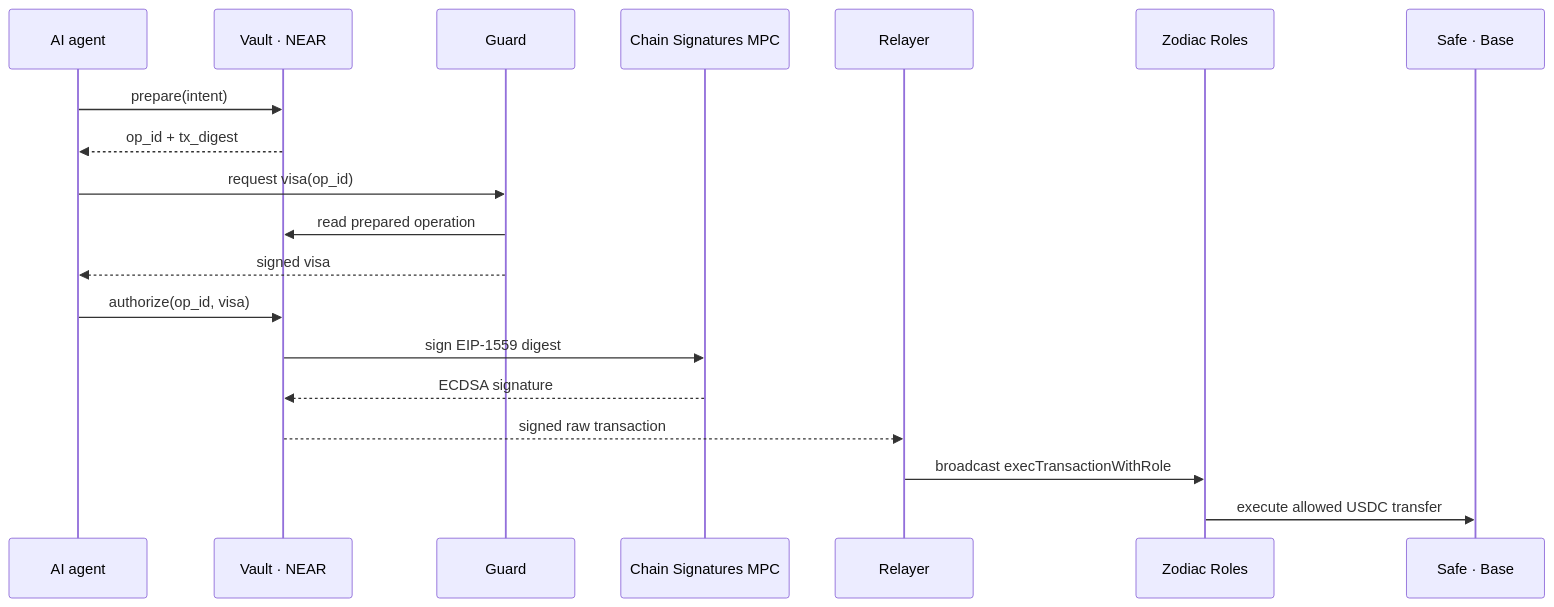
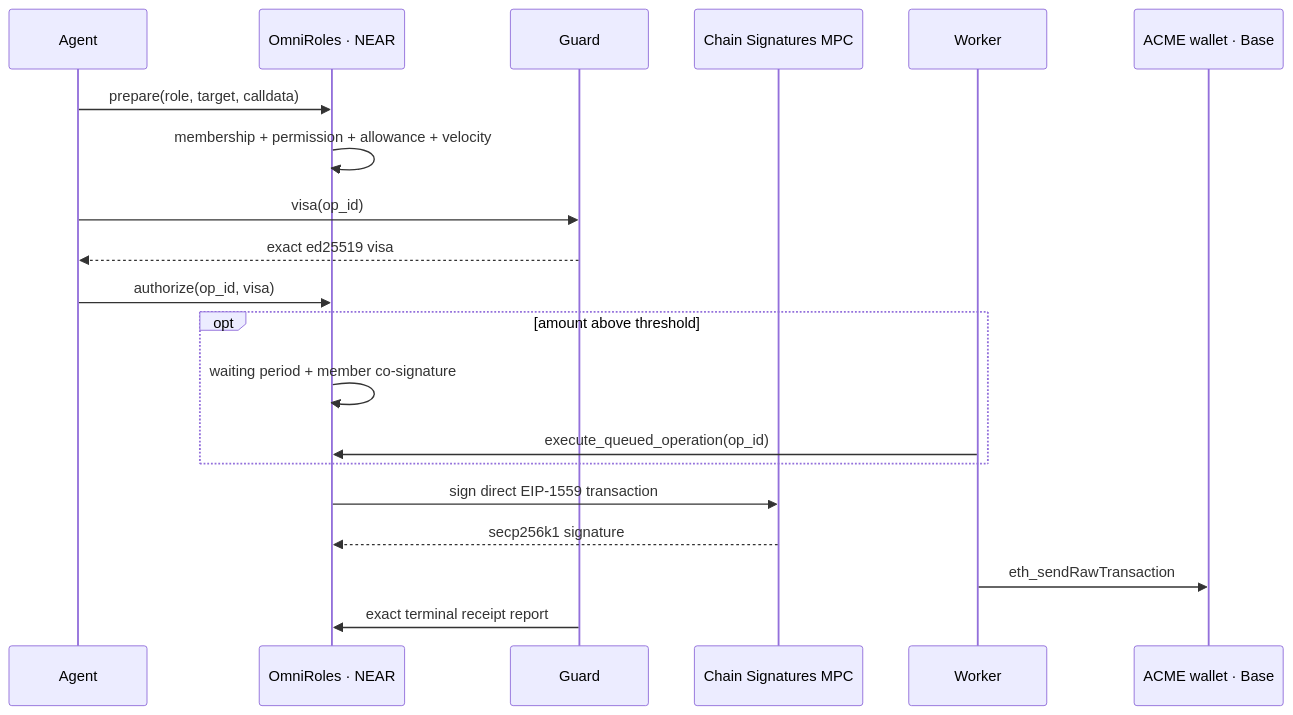
The diagram in README.md (Euthyna-wallets/Euthyna), drawn with Mermaid before and after one commit. The commit also changed other lines of this file and 39 other files, not shown here.

Commit message:
feat(vault): replace Safe stack with OmniRoles

````diff
--- a/README.md
+++ b/README.md
@@ -44,22 +31,23 @@
 ```mermaid
 sequenceDiagram
-  participant A as AI agent
-  participant V as Vault · NEAR
+  participant A as Agent
+  participant O as OmniRoles · NEAR
   participant G as Guard
   participant M as Chain Signatures MPC
-  participant R as Relayer
-  participant Z as Zodiac Roles
-  participant S as Safe · Base
+  participant W as Worker
+  participant B as ACME wallet · Base
 
-  A->>V: prepare(intent)
-  V-->>A: op_id + tx_digest
-  A->>G: request visa(op_id)
-  G->>V: read prepared operation
-  G-->>A: signed visa
-  A->>V: authorize(op_id, visa)
-  V->>M: sign EIP-1559 digest
-  M-->>V: ECDSA signature
-  V-->>R: signed raw transaction
-  R->>Z: broadcast execTransactionWithRole
-  Z->>S: execute allowed USDC transfer
+  A->>O: prepare(role, target, calldata)
+  O->>O: membership + permission + allowance + velocity
+  A->>G: visa(op_id)
+  G-->>A: exact ed25519 visa
+  A->>O: authorize(op_id, visa)
+  opt amount above threshold
+    O->>O: waiting period + member co-signature
+    W->>O: execute_queued_operation(op_id)
+  end
+  O->>M: sign direct EIP-1559 transaction
+  M-->>O: secp256k1 signature
+  W->>B: eth_sendRawTransaction
+  G->>O: exact terminal receipt report
 ```
````
